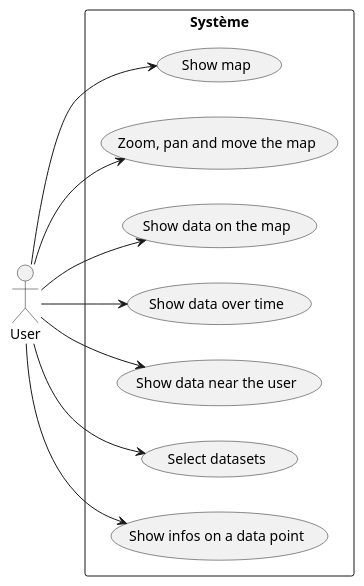
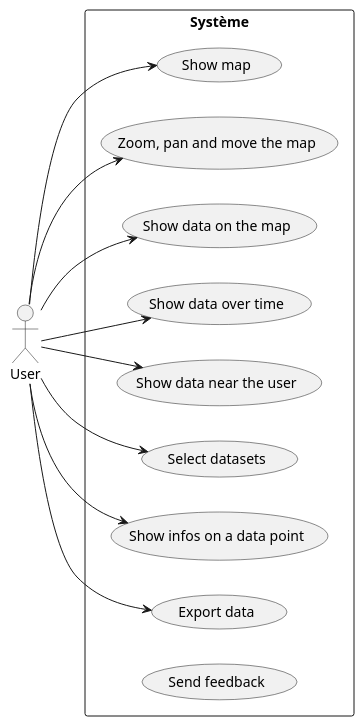
Before and after one commit to ESIR2-PROJECT/RENDUS: the diagram in UseCases.md, drawn with PlantUML.

Commit message:
ADD usercases

````diff
--- a/UseCases.md
+++ b/UseCases.md
@@ -13,25 +13,28 @@
 ```puml
 
 left to right direction
 
 actor "User" as fc
 
 rectangle "Système" {
     usecase "Show map" as UC1
     usecase "Zoom, pan and move the map" as UC2
     usecase "Show data on the map" as UC3
     usecase "Show data over time" as UC4
     usecase "Show data near the user" as UC5
     usecase "Select datasets" as UC6
     usecase "Show infos on a data point" as UC7
+    usecase "Export data" as UC8
+    usecase "Send feedback" as UC9
 }
 
 fc --> UC1
 fc --> UC2
 fc --> UC3
 fc --> UC4
 fc --> UC5
 fc --> UC6
 fc --> UC7
+fc --> UC8
 
 ```
````
